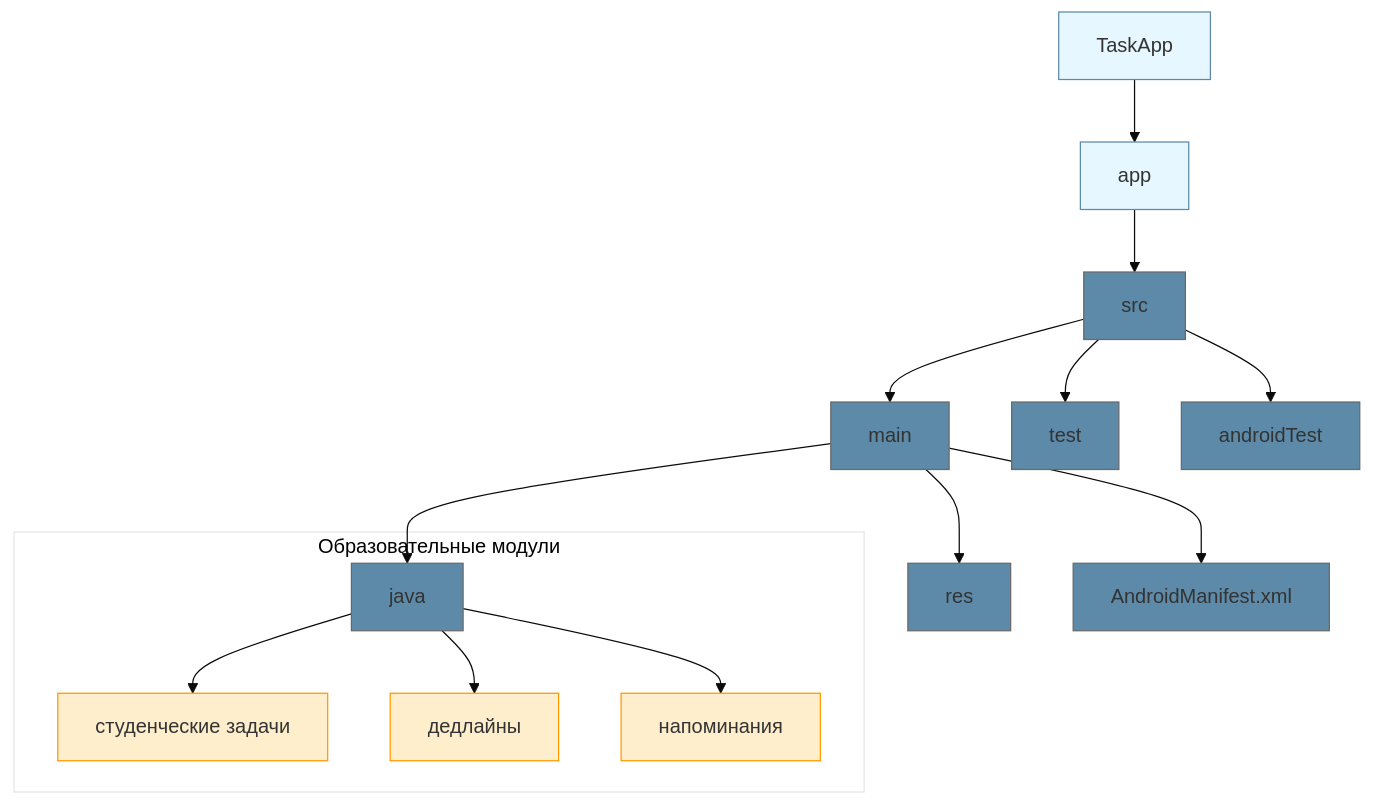
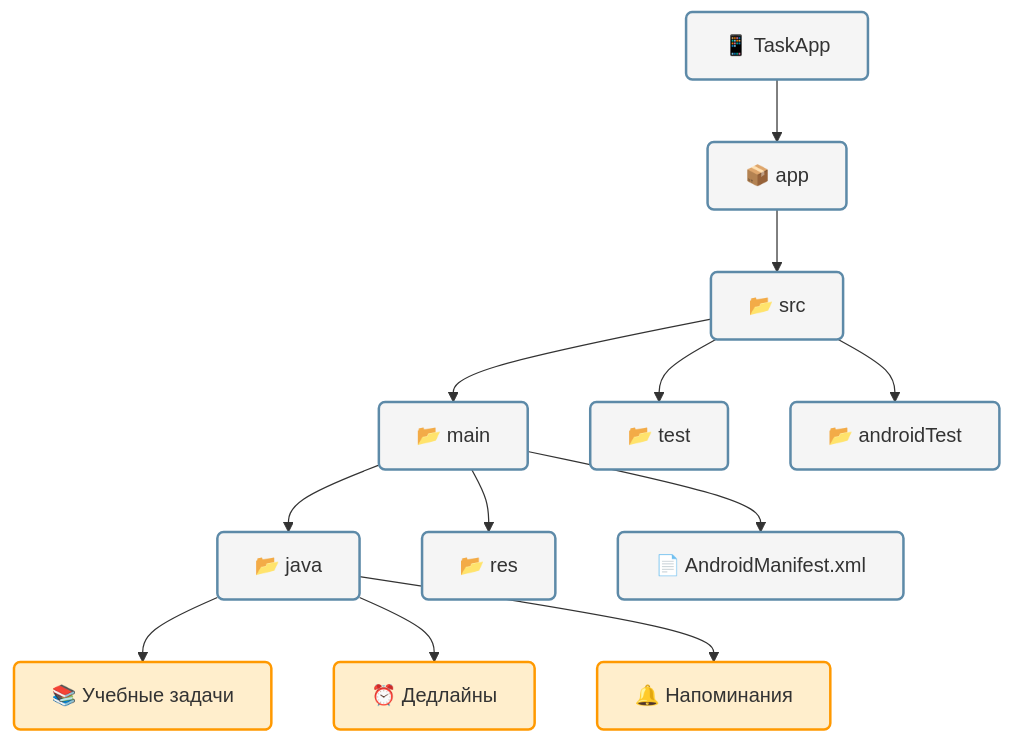
One commit to reazonvan/TaskApp changed the diagram in README.md. Above: the diagram before and after it, drawn with Mermaid. The commit also changed other lines of this file, not shown here.

````diff
--- a/README.md
+++ b/README.md
@@ -182,24 +200,21 @@
 ```mermaid
-%%{init: {'theme': 'base', 'themeVariables': { 'primaryColor': '#5d8aa8', 'edgeLabelBackground':'#fff', 'tertiaryColor': '#fff'}}}%%
-graph TD
-    A[TaskApp] --> B[app]
-    B --> C[src]
-    C --> D[main]
-    C --> E[test]
-    C --> F[androidTest]
-    D --> G[java]
-    D --> H[res]
-    D --> I[AndroidManifest.xml]
+flowchart TD
+    A["📱 TaskApp"] --> B["📦 app"]
+    B --> C["📂 src"]
+    C --> D["📂 main"]
+    C --> E["📂 test"]
+    C --> F["📂 androidTest"]
+    D --> G["📂 java"]
+    D --> H["📂 res"]
+    D --> I["📄 AndroidManifest.xml"]
     
-    subgraph "Образовательные модули"
-    G --> J[студенческие задачи]
-    G --> K[дедлайны]
-    G --> L[напоминания]
-    end
+    G --> J["📚 Учебные задачи"]
+    G --> K["⏰ Дедлайны"]
+    G --> L["🔔 Напоминания"]
     
-    style A fill:#e6f7ff,stroke:#5d8aa8
-    style B fill:#e6f7ff,stroke:#5d8aa8
-    style J fill:#ffeecc,stroke:#ff9900
-    style K fill:#ffeecc,stroke:#ff9900
-    style L fill:#ffeecc,stroke:#ff9900
+    classDef default fill:#f5f5f5,stroke:#5d8aa8,stroke-width:2px,color:#333,rx:5px
+    classDef special fill:#ffeecc,stroke:#ff9900,stroke-width:2px,color:#333,rx:5px
+    
+    class A,B default
+    class J,K,L special
 ```
````
